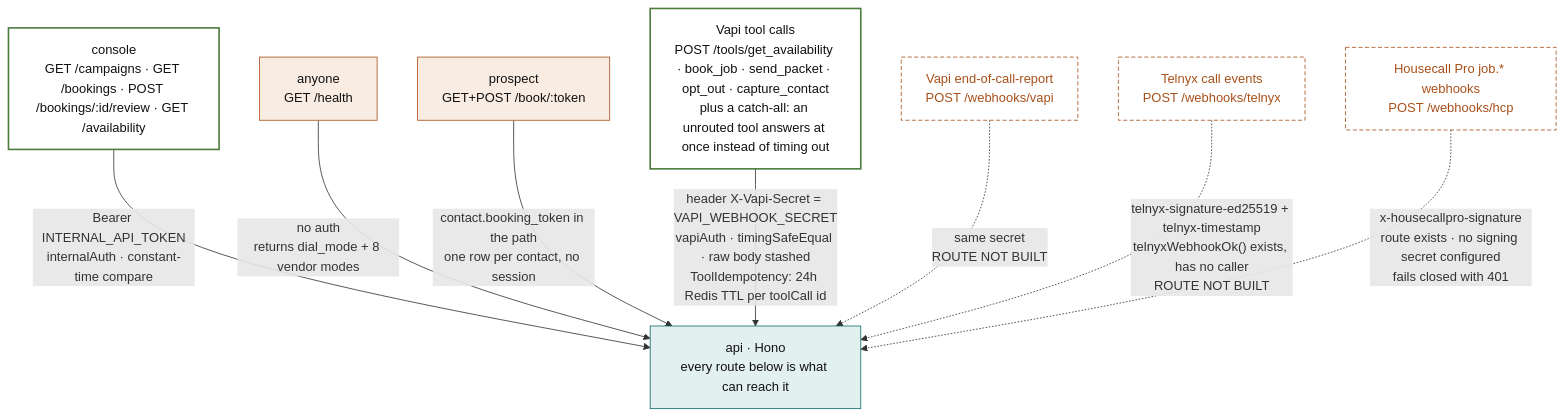
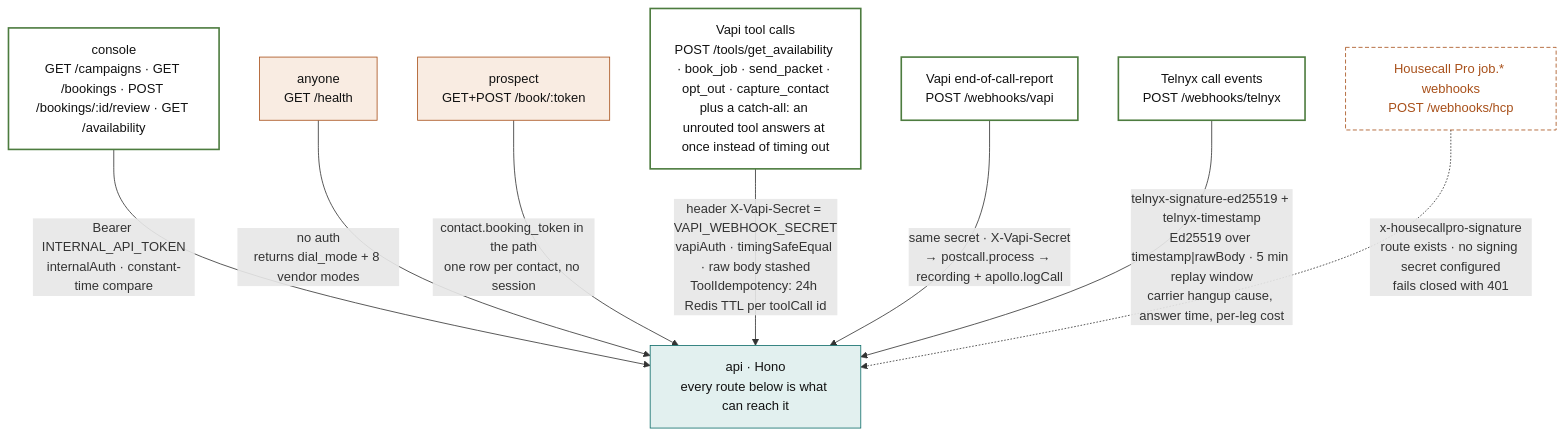
The fifth of 7 diagrams in docs/ARCHITECTURE.md (MAKaminski/tm-voice), drawn with Mermaid before and after one commit. The commit also changed other lines of this file and 7 other files, not shown here.

````diff
--- a/docs/ARCHITECTURE.md
+++ b/docs/ARCHITECTURE.md
@@ -237,25 +237,25 @@
 ```mermaid
 flowchart TB
   classDef svc fill:#e2f0ef,stroke:#0e6d6a,color:#111
   classDef ok fill:#fff,stroke:#4d7c3f,stroke-width:2px,color:#111
   classDef gap fill:#fff,stroke:#a8501a,stroke-dasharray:5 3,color:#a8501a
   classDef pub fill:#f9ece2,stroke:#a8501a,color:#111
 
   api["api · Hono<br/>every route below is what can reach it"]:::svc
 
   c1["console<br/>GET /campaigns · GET /bookings · POST /bookings/:id/review · GET /availability"]:::ok
   c2["anyone<br/>GET /health"]:::pub
   c3["prospect<br/>GET+POST /book/:token"]:::pub
   v1["Vapi tool calls<br/>POST /tools/get_availability · book_job · send_packet · opt_out · capture_contact<br/>plus a catch-all: an unrouted tool answers at once instead of timing out"]:::ok
-  v2["Vapi end-of-call-report<br/>POST /webhooks/vapi"]:::gap
-  t1["Telnyx call events<br/>POST /webhooks/telnyx"]:::gap
+  v2["Vapi end-of-call-report<br/>POST /webhooks/vapi"]:::ok
+  t1["Telnyx call events<br/>POST /webhooks/telnyx"]:::ok
   h1["Housecall Pro job.* webhooks<br/>POST /webhooks/hcp"]:::gap
 
   c1 -->|"Bearer INTERNAL_API_TOKEN<br/>internalAuth · constant-time compare"| api
   c2 -->|"no auth<br/>returns dial_mode + 8 vendor modes"| api
   c3 -->|"contact.booking_token in the path<br/>one row per contact, no session"| api
   v1 -->|"header X-Vapi-Secret = VAPI_WEBHOOK_SECRET<br/>vapiAuth · timingSafeEqual · raw body stashed<br/>ToolIdempotency: 24h Redis TTL per toolCall id"| api
-  v2 -.->|"same secret<br/>ROUTE NOT BUILT"| api
-  t1 -.->|"telnyx-signature-ed25519 + telnyx-timestamp<br/>telnyxWebhookOk() exists, has no caller<br/>ROUTE NOT BUILT"| api
+  v2 -->|"same secret · X-Vapi-Secret<br/>→ postcall.process → recording + apollo.logCall"| api
+  t1 -->|"telnyx-signature-ed25519 + telnyx-timestamp<br/>Ed25519 over timestamp|rawBody · 5 min replay window<br/>carrier hangup cause, answer time, per-leg cost"| api
   h1 -.->|"x-housecallpro-signature<br/>route exists · no signing secret configured<br/>fails closed with 401"| api
 ```
````
